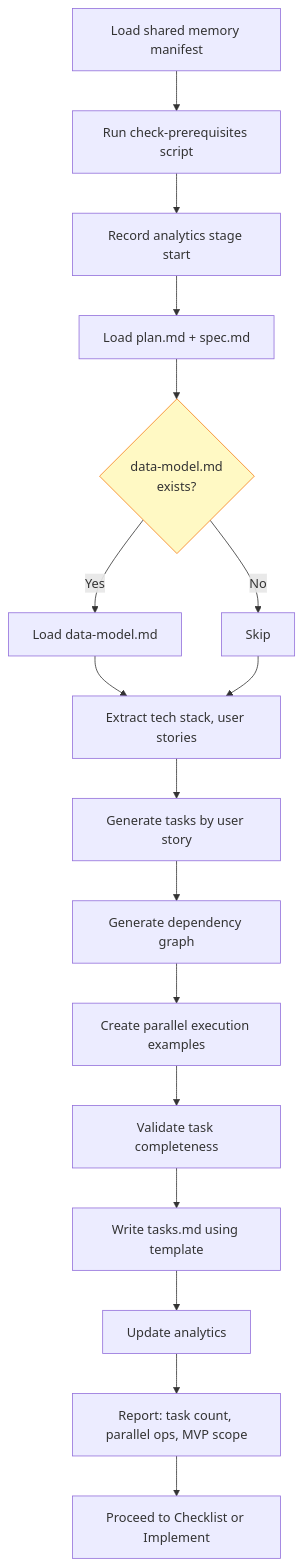
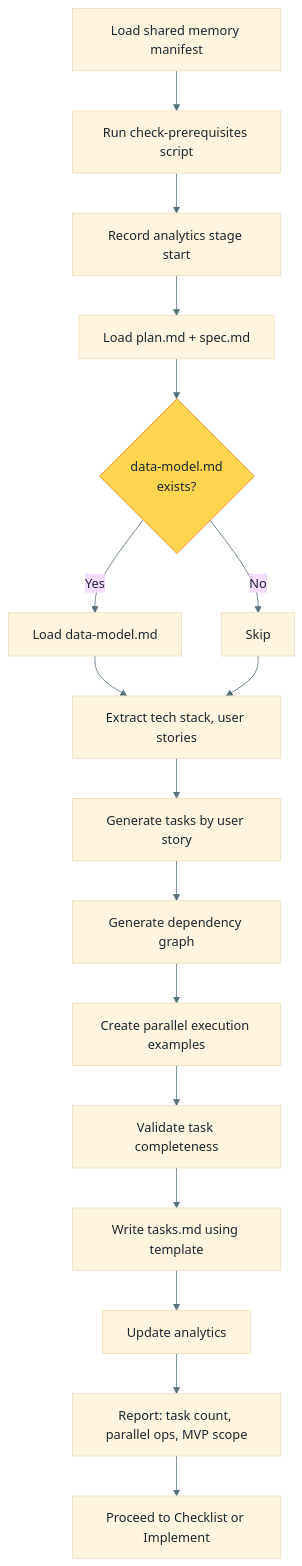
Before and after one commit to premkumarjanagarajan/fluid-flow-ai: diagram 14 of 26 in docs/WORKFLOW-FULL-DETAILED.md, drawn with Mermaid. The commit also changed other lines of this file, not shown here.

First line of the commit message:
Fix mermaid diagram colors for dark/light theme compatibility

````diff
--- a/docs/WORKFLOW-FULL-DETAILED.md
+++ b/docs/WORKFLOW-FULL-DETAILED.md
@@ -586,21 +611,22 @@
 ```mermaid
+%%{init: {'theme': 'base', 'themeVariables': {'primaryTextColor': '#1B2631', 'lineColor': '#546E7A', 'textColor': '#1B2631'}}}%%
 flowchart TD
     A["Load shared memory manifest"] --> B["Run check-prerequisites script"]
     B --> C["Record analytics stage start"]
     C --> D["Load plan.md + spec.md"]
     D --> E{"data-model.md<br/>exists?"}
     E -->|Yes| F["Load data-model.md"]
     E -->|No| G["Skip"]
     F --> H["Extract tech stack, user stories"]
     G --> H
     H --> I["Generate tasks by user story"]
     I --> J["Generate dependency graph"]
     J --> K["Create parallel execution examples"]
     K --> L["Validate task completeness"]
     L --> M["Write tasks.md using template"]
     M --> N["Update analytics"]
     N --> O["Report: task count, parallel ops, MVP scope"]
     O --> P["Proceed to Checklist or Implement"]
 
-    style E fill:#FFF9C4,stroke:#F57F17
+    style E fill:#FFD54F,stroke:#F57F17
 ```
````
